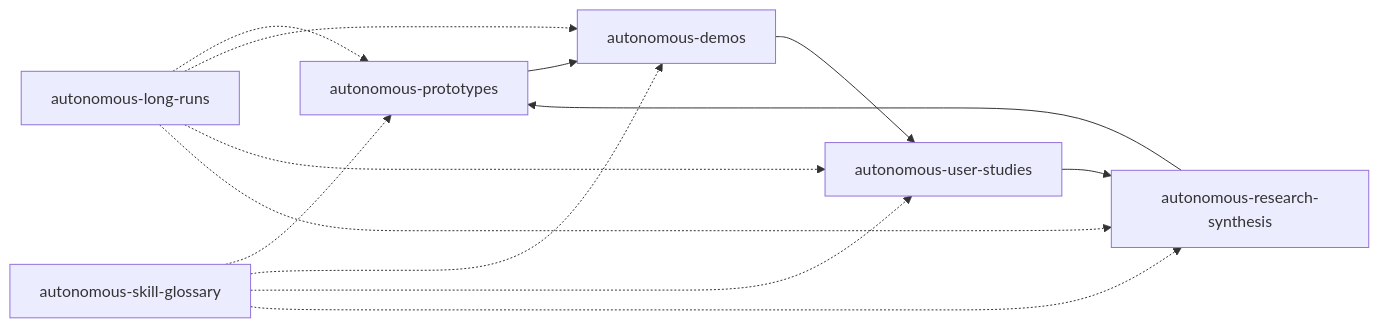
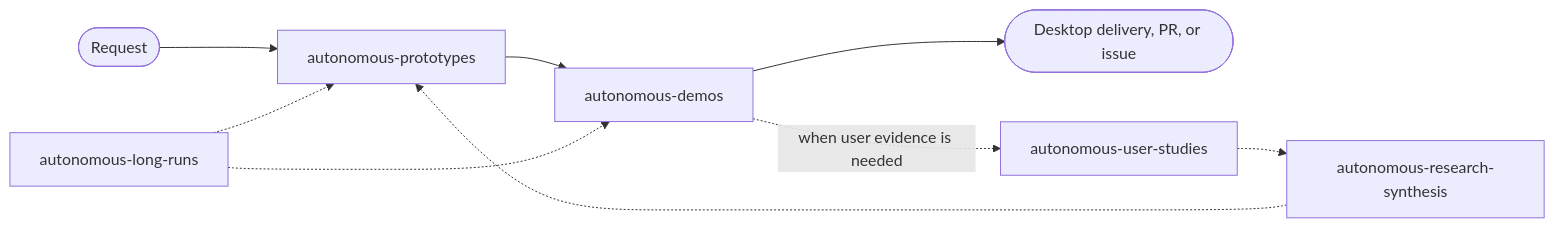
One commit to eli-w-king/autonomous-output-skills changed the diagram in README.md. Above: the diagram before and after it, drawn with Mermaid. The commit also changed other lines of this file and 5 other files, not shown here.

````diff
--- a/README.md
+++ b/README.md
@@ -21,9 +33,11 @@
 ```mermaid
 flowchart LR
-  P[autonomous-prototypes] --> D[autonomous-demos]
-  D --> S[autonomous-user-studies]
-  S --> R[autonomous-research-synthesis]
-  R --> P
-  L[autonomous-long-runs] -.-> P & D & S & R
-  G[autonomous-skill-glossary] -.-> P & D & S & R
+  Ask([Request]) --> P[autonomous-prototypes]
+  P --> D[autonomous-demos]
+  D --> Out([Desktop delivery, PR, or issue])
+  L[autonomous-long-runs] -.-> P
+  L -.-> D
+  D -. when user evidence is needed .-> S[autonomous-user-studies]
+  S -.-> R[autonomous-research-synthesis]
+  R -.-> P
 ```
````
